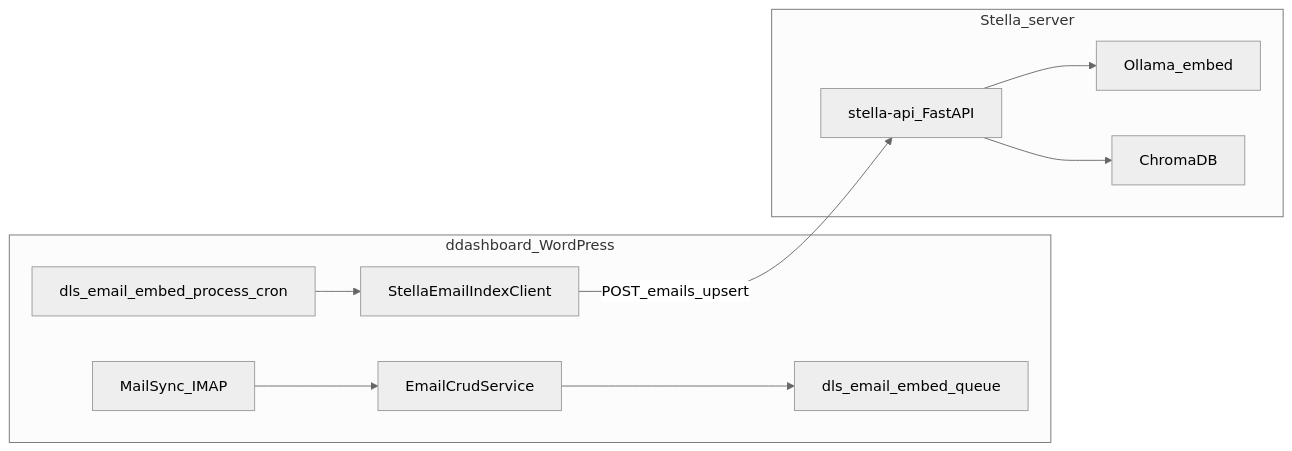
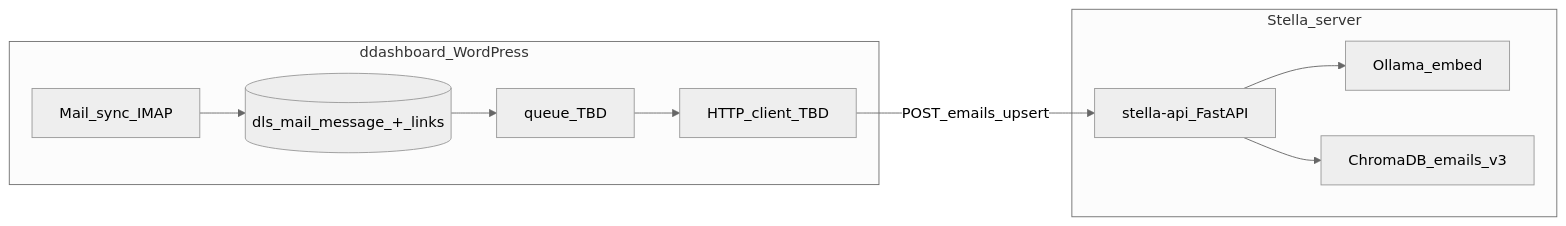
Before and after one commit to dominikliss/stella-docs: the diagram in integration/ddashboard-and-stella-server.md, drawn with Mermaid (neutral theme). The commit also changed other lines of this file and 6 other files, not shown here.

First line of the commit message:
Document Stella mail v3 API (emails_v3) and Chroma contract

````diff
--- a/integration/ddashboard-and-stella-server.md
+++ b/integration/ddashboard-and-stella-server.md
@@ -43,21 +40,20 @@
 ```mermaid
 flowchart LR
   subgraph wp [ddashboard_WordPress]
-    IMAP[MailSync_IMAP]
-    CRUD[EmailCrudService]
-    Q[dls_email_embed_queue]
-    CRON[dls_email_embed_process_cron]
-    CLIENT[StellaEmailIndexClient]
+    IMAP[Mail_sync_IMAP]
+    DB[(dls_mail_message_+_links)]
+    Q[queue_TBD]
+    CLIENT[HTTP_client_TBD]
   end
   subgraph stella [Stella_server]
     API[stella-api_FastAPI]
     OLL[Ollama_embed]
-    CHR[ChromaDB]
+    CHR[ChromaDB_emails_v3]
   end
-  IMAP --> CRUD
-  CRUD --> Q
-  CRON --> CLIENT
+  IMAP --> DB
+  DB --> Q
+  Q --> CLIENT
   CLIENT -->|POST_emails_upsert| API
   API --> OLL
   API --> CHR
 ```
````
